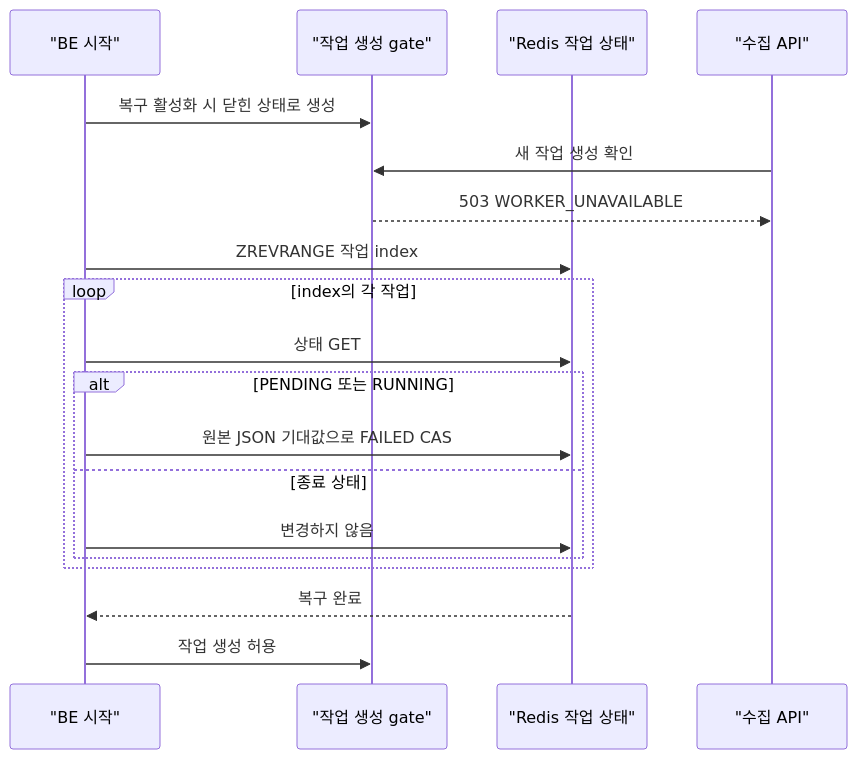
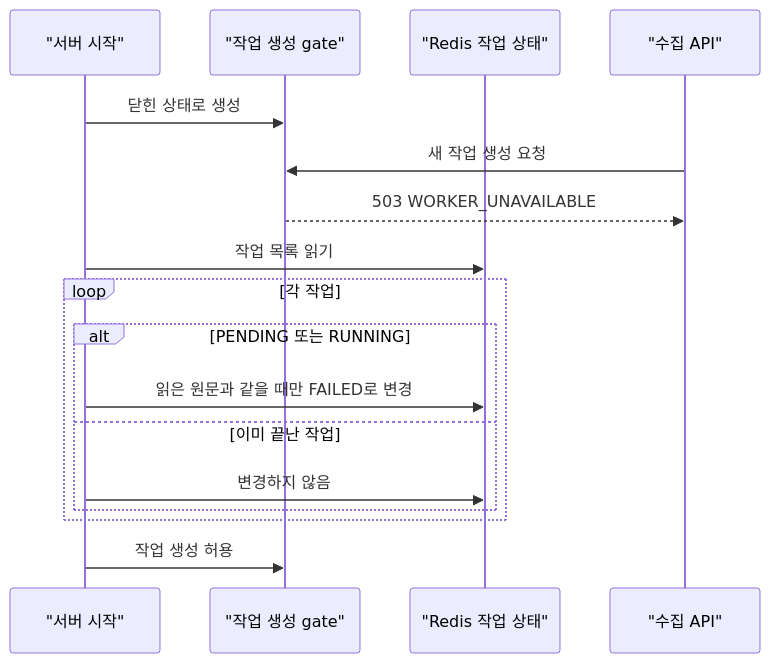
Before and after one commit to didim-log/didim-log-BE: the diagram in DOCS/refactoring/be-refactor/PHASE_6K_CRAWLER_STARTUP_ORPHAN_RECOVERY.md, drawn with Mermaid. The commit also changed other lines of this file and 46 other files, not shown here.

````diff
--- a/DOCS/refactoring/be-refactor/PHASE_6K_CRAWLER_STARTUP_ORPHAN_RECOVERY.md
+++ b/DOCS/refactoring/be-refactor/PHASE_6K_CRAWLER_STARTUP_ORPHAN_RECOVERY.md
@@ -30,22 +35,20 @@
 ```mermaid
 sequenceDiagram
-    participant Boot as "BE 시작"
+    participant Boot as "서버 시작"
     participant Gate as "작업 생성 gate"
     participant Redis as "Redis 작업 상태"
     participant API as "수집 API"
 
-    Boot->>Gate: 복구 활성화 시 닫힌 상태로 생성
-    API->>Gate: 새 작업 생성 확인
+    Boot->>Gate: 닫힌 상태로 생성
+    API->>Gate: 새 작업 생성 요청
     Gate-->>API: 503 WORKER_UNAVAILABLE
-    Boot->>Redis: ZREVRANGE 작업 index
-    loop index의 각 작업
-        Boot->>Redis: 상태 GET
+    Boot->>Redis: 작업 목록 읽기
+    loop 각 작업
         alt PENDING 또는 RUNNING
-            Boot->>Redis: 원본 JSON 기대값으로 FAILED CAS
-        else 종료 상태
+            Boot->>Redis: 읽은 원문과 같을 때만 FAILED로 변경
+        else 이미 끝난 작업
             Boot->>Redis: 변경하지 않음
         end
     end
-    Redis-->>Boot: 복구 완료
     Boot->>Gate: 작업 생성 허용
 ```
````
